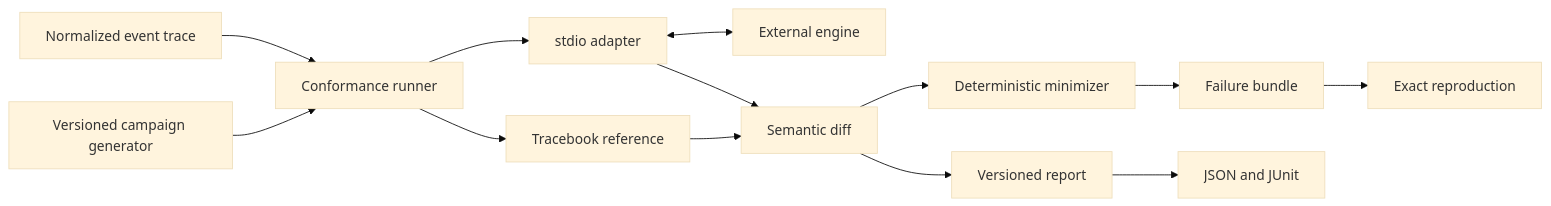
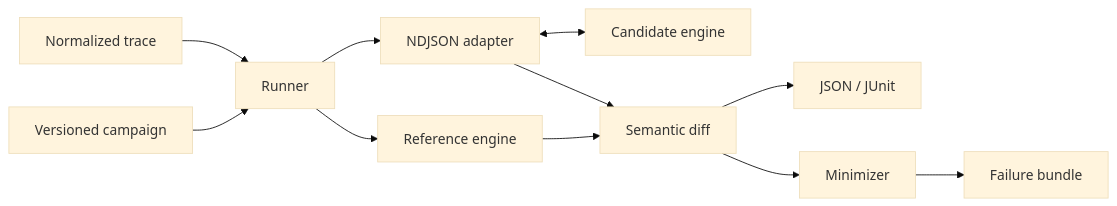
Before and after one commit to Taz33m/tracebook: the diagram in README.md, drawn with Mermaid (base theme). The commit also changed other lines of this file and 8 other files, not shown here.

````diff
--- a/README.md
+++ b/README.md
@@ -363,15 +134,12 @@
 ```mermaid
 flowchart LR
-    G["Versioned campaign generator"] --> R["Conformance runner"]
-    T["Normalized event trace"] --> R
-    R --> O["Tracebook reference"]
-    R --> A["stdio adapter"]
-    A <--> E["External engine"]
+    G["Versioned campaign"] --> R["Runner"]
+    T["Normalized trace"] --> R
+    R --> O["Reference engine"]
+    R --> A["NDJSON adapter"]
+    A <--> E["Candidate engine"]
     O --> D["Semantic diff"]
     A --> D
-    D --> P["Versioned report"]
-    D --> M["Deterministic minimizer"]
-    M --> B["Failure bundle"]
-    B --> X["Exact reproduction"]
-    P --> J["JSON and JUnit"]
+    D --> P["JSON / JUnit"]
+    D --> M["Minimizer"] --> B["Failure bundle"]
 ```
````
